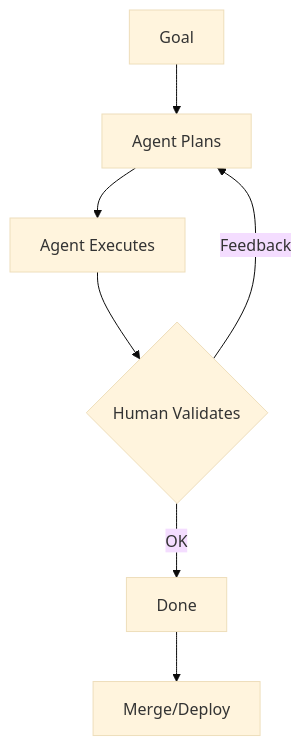
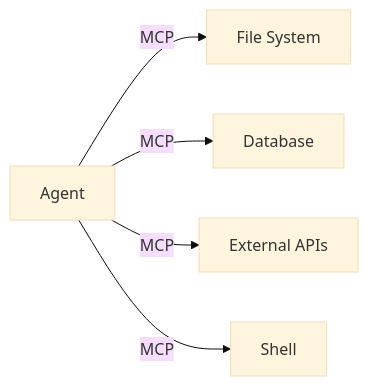
Before and after one commit to salvatorebottiglieri/coding_with_ai: the tenth of 14 diagrams in 000_llm_and_agents_fundamentals/slides.md, drawn with Mermaid (base theme). The commit also changed other lines of this file, not shown here.

````diff
--- a/000_llm_and_agents_fundamentals/slides.md
+++ b/000_llm_and_agents_fundamentals/slides.md
@@ -1211,9 +1331,7 @@
-```mermaid {scale: 0.5}
-graph TD
-    G[Goal] --> A[Agent Plans]
-    A --> E[Agent Executes]
-    E --> V{Human Validates}
-    V -->|OK| D[Done]
-    V -->|Feedback| A
-    D --> M[Merge/Deploy]
+```mermaid {scale: 0.4}
+graph LR
+    A[Agent] -->|MCP| FS[File System]
+    A -->|MCP| DB[Database]
+    A -->|MCP| API[External APIs]
+    A -->|MCP| SH[Shell]
 ```
````
